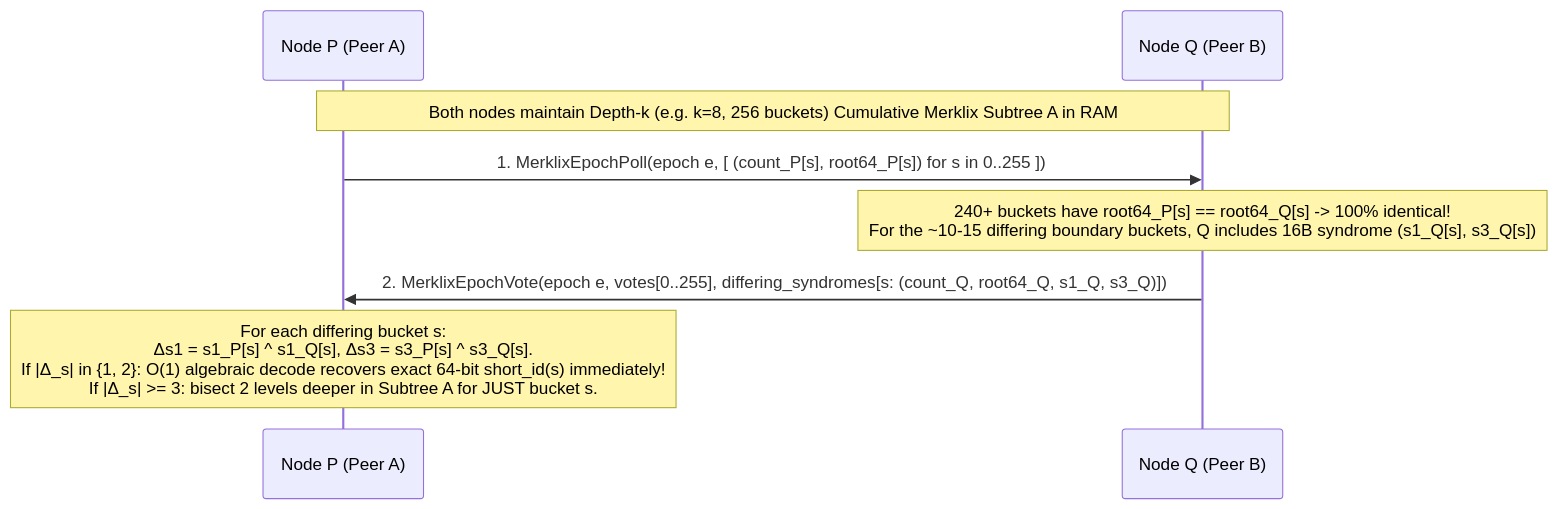
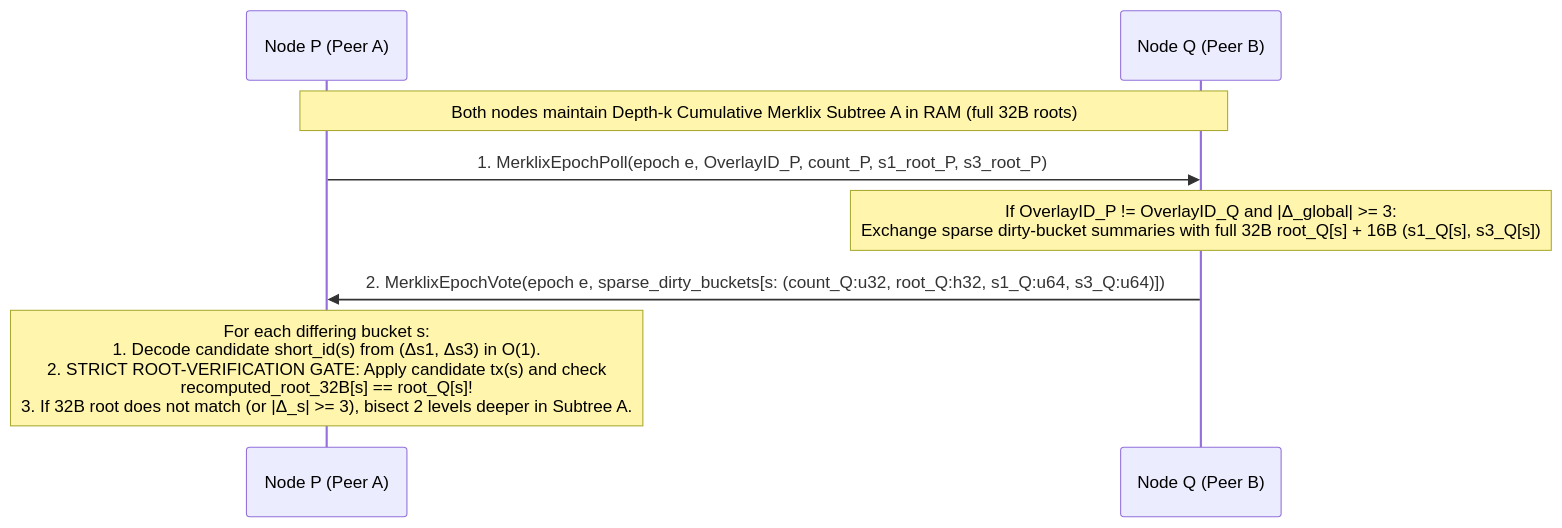
One commit to givelotus/lotus changed the first of 9 diagrams in docs/plans/lotus-v2-bulk-preconsensus-and-mempool-overlays.md. Above: the diagram before and after it, drawn with Mermaid. The commit also changed other lines of this file, not shown here.

````diff
--- a/docs/plans/lotus-v2-bulk-preconsensus-and-mempool-overlays.md
+++ b/docs/plans/lotus-v2-bulk-preconsensus-and-mempool-overlays.md
@@ -127,11 +138,11 @@
 ```mermaid
 sequenceDiagram
     participant P as Node P (Peer A)
     participant Q as Node Q (Peer B)
 
-    Note over P,Q: Both nodes maintain Depth-k (e.g. k=8, 256 buckets) Cumulative Merklix Subtree A in RAM
-    P->>Q: 1. MerklixEpochPoll(epoch e, [ (count_P[s], root64_P[s]) for s in 0..255 ])
-    Note over Q: 240+ buckets have root64_P[s] == root64_Q[s] -> 100% identical!<br/>For the ~10-15 differing boundary buckets, Q includes 16B syndrome (s1_Q[s], s3_Q[s])
-    Q->>P: 2. MerklixEpochVote(epoch e, votes[0..255], differing_syndromes[s: (count_Q, root64_Q, s1_Q, s3_Q)])
-    Note over P: For each differing bucket s:<br/>Δs1 = s1_P[s] ^ s1_Q[s], Δs3 = s3_P[s] ^ s3_Q[s].<br/>If |Δ_s| in {1, 2}: O(1) algebraic decode recovers exact 64-bit short_id(s) immediately!<br/>If |Δ_s| >= 3: bisect 2 levels deeper in Subtree A for JUST bucket s.
+    Note over P,Q: Both nodes maintain Depth-k Cumulative Merklix Subtree A in RAM (full 32B roots)
+    P->>Q: 1. MerklixEpochPoll(epoch e, OverlayID_P, count_P, s1_root_P, s3_root_P)
+    Note over Q: If OverlayID_P != OverlayID_Q and |Δ_global| >= 3:<br/>Exchange sparse dirty-bucket summaries with full 32B root_Q[s] + 16B (s1_Q[s], s3_Q[s])
+    Q->>P: 2. MerklixEpochVote(epoch e, sparse_dirty_buckets[s: (count_Q:u32, root_Q:h32, s1_Q:u64, s3_Q:u64)])
+    Note over P: For each differing bucket s:<br/>1. Decode candidate short_id(s) from (Δs1, Δs3) in O(1).<br/>2. STRICT ROOT-VERIFICATION GATE: Apply candidate tx(s) and check<br/>   recomputed_root_32B[s] == root_Q[s]!<br/>3. If 32B root does not match (or |Δ_s| >= 3), bisect 2 levels deeper in Subtree A.
 ```
````
